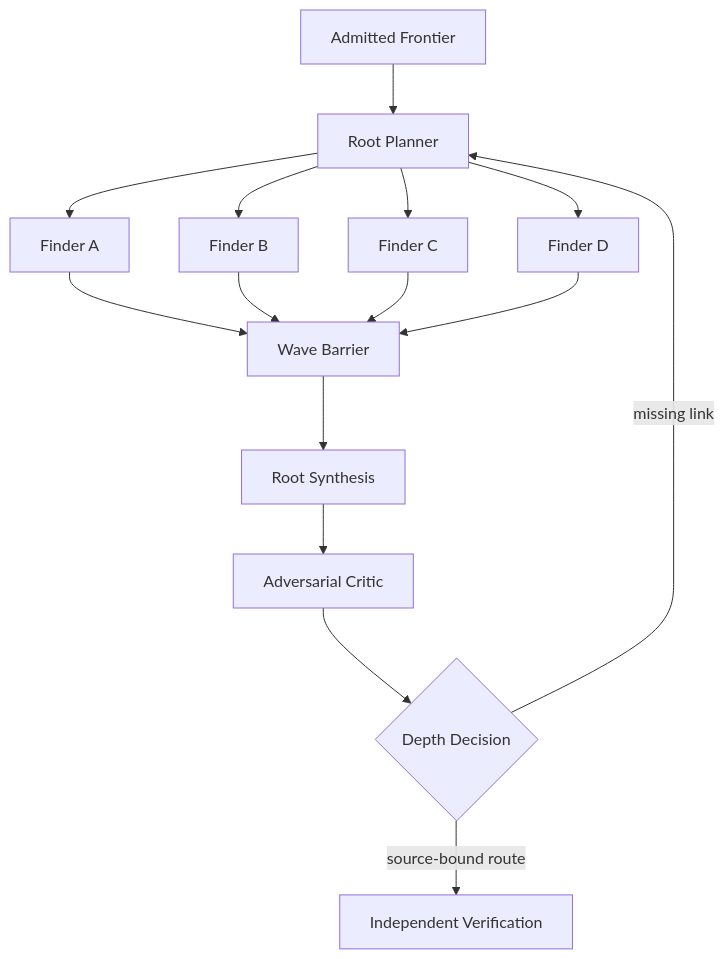
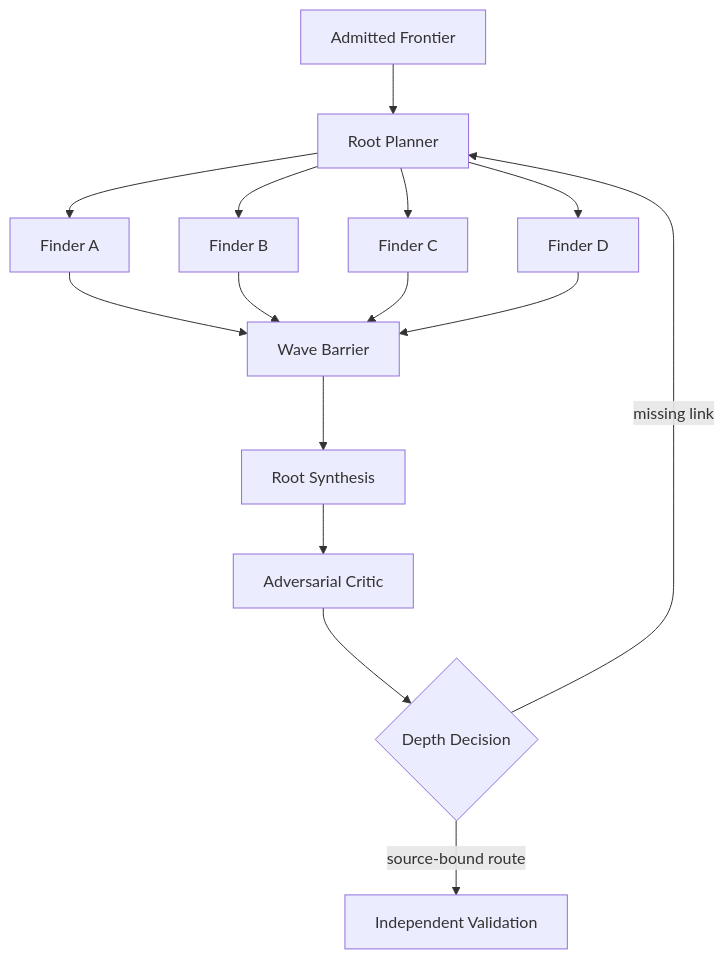
One commit to momoponwork1415-lgtm/wordpress-harness changed the second of 2 diagrams in docs/design/architecture/breadth-depth-research-loop.md. Above: the diagram before and after it, drawn with Mermaid. The commit also changed other lines of this file and 25 other files, not shown here.

Commit message:
Define source validation and human verification

````diff
--- a/docs/design/architecture/breadth-depth-research-loop.md
+++ b/docs/design/architecture/breadth-depth-research-loop.md
@@ -25,11 +25,11 @@
 ```mermaid
 flowchart TB
     frontier["Admitted Frontier"] --> planner["Root Planner"]
     planner --> f1["Finder A"] --> barrier["Wave Barrier"]
     planner --> f2["Finder B"] --> barrier
     planner --> f3["Finder C"] --> barrier
     planner --> f4["Finder D"] --> barrier
     barrier --> synthesis["Root Synthesis"] --> critic["Adversarial Critic"] --> next{"Depth Decision"}
     next -->|"missing link"| planner
-    next -->|"source-bound route"| proof["Independent Verification"]
+    next -->|"source-bound route"| validation["Independent Validation"]
 ```
````
